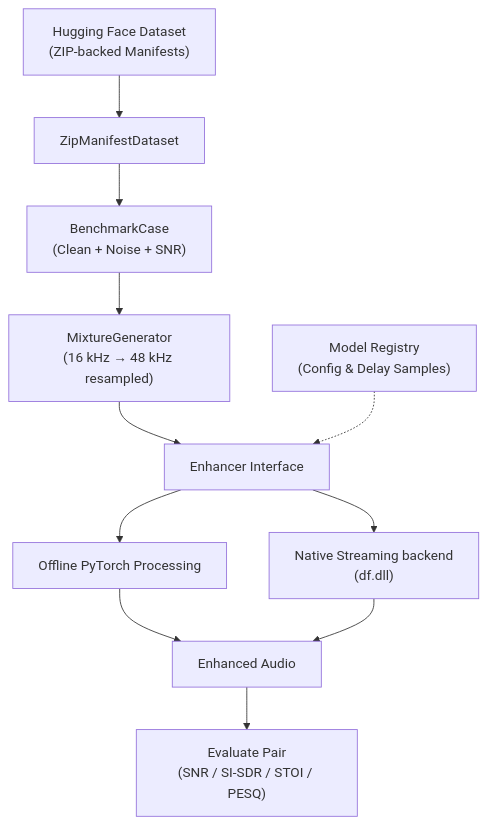
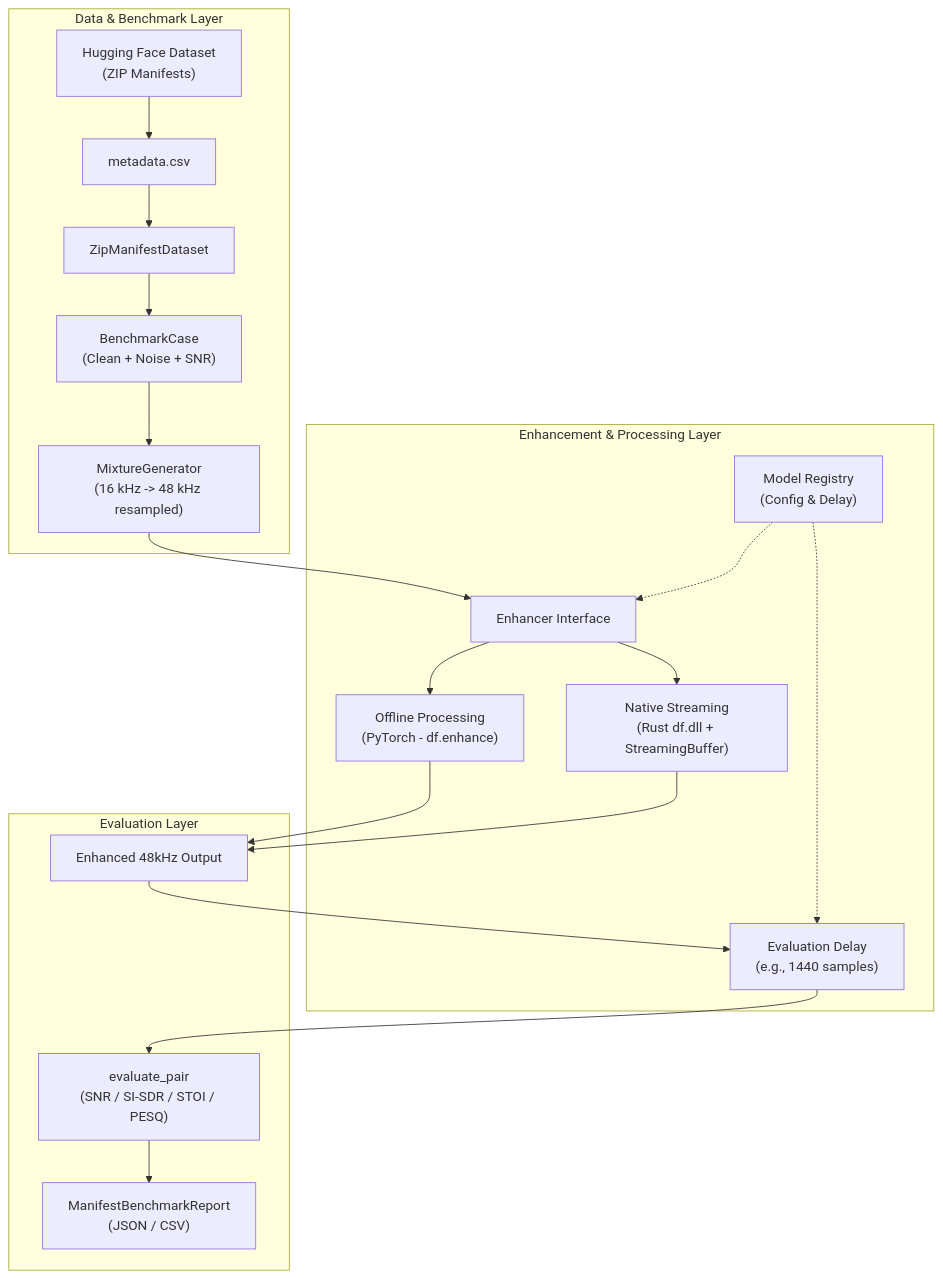
One commit to Panav-Payappagoudar/DRDO-ANC changed the diagram in README.md. Above: the diagram before and after it, drawn with Mermaid. The commit also changed other lines of this file, not shown here.

````diff
--- a/README.md
+++ b/README.md
@@ -24,21 +50,33 @@
 ```mermaid
 flowchart TD
-    HF["Hugging Face Dataset\n(ZIP-backed Manifests)"]
-    ZMD["ZipManifestDataset"]
-    BC["BenchmarkCase\n(Clean + Noise + SNR)"]
-    MG["MixtureGenerator\n(16 kHz → 48 kHz resampled)"]
-    REG["Model Registry\n(Config & Delay Samples)"]
-    ENH["Enhancer Interface"]
-    OFF["Offline PyTorch Processing"]
-    STR["Native Streaming backend\n(df.dll)"]
-    OUT["Enhanced Audio"]
-    METRICS["Evaluate Pair\n(SNR / SI-SDR / STOI / PESQ)"]
+    subgraph Data & Benchmark Layer
+        HF["Hugging Face Dataset\n(ZIP Manifests)"]
+        META["metadata.csv"]
+        ZMD["ZipManifestDataset"]
+        BC["BenchmarkCase\n(Clean + Noise + SNR)"]
+        MG["MixtureGenerator\n(16 kHz -> 48 kHz resampled)"]
+    end
     
-    HF --> ZMD --> BC --> MG --> ENH
+    subgraph Enhancement & Processing Layer
+        REG["Model Registry\n(Config & Delay)"]
+        ENH["Enhancer Interface"]
+        OFF["Offline Processing\n(PyTorch - df.enhance)"]
+        STR["Native Streaming\n(Rust df.dll + StreamingBuffer)"]
+        DELAY["Evaluation Delay\n(e.g., 1440 samples)"]
+    end
+
+    subgraph Evaluation Layer
+        METRICS["evaluate_pair\n(SNR / SI-SDR / STOI / PESQ)"]
+        OUT["Enhanced 48kHz Output"]
+        RES["ManifestBenchmarkReport\n(JSON / CSV)"]
+    end
+
+    HF --> META --> ZMD --> BC --> MG --> ENH
     REG -.-> ENH
+    REG -.-> DELAY
     ENH --> OFF
     ENH --> STR
     OFF --> OUT
     STR --> OUT
-    OUT --> METRICS
+    OUT --> DELAY --> METRICS --> RES
 ```
````
